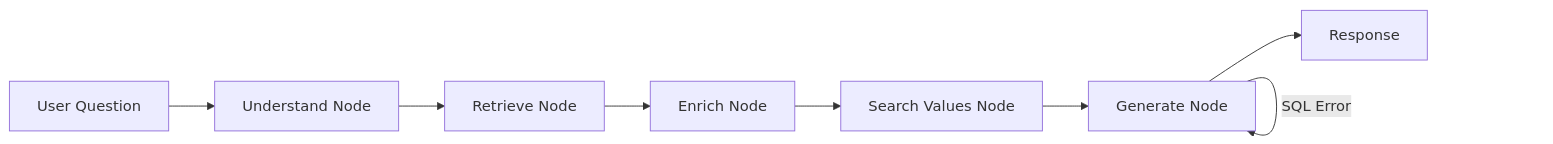
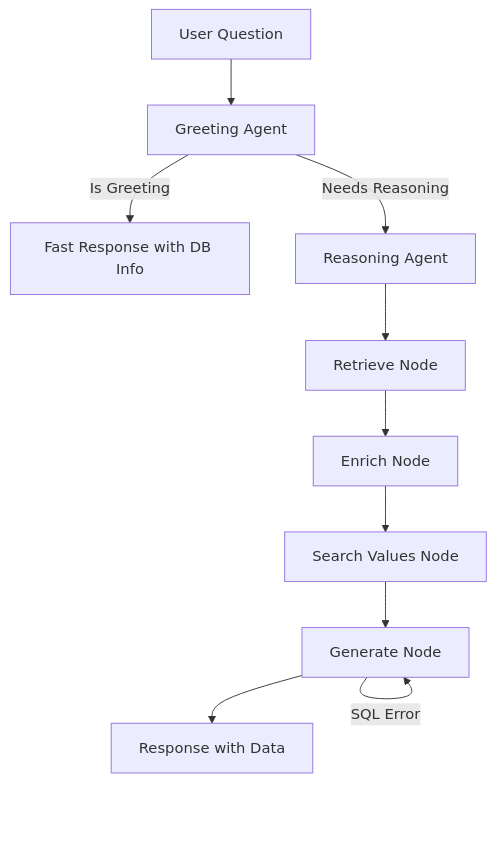
One commit to hoanghy0112/sql-indexing changed the diagram in docs/02-backend-modules.md. Above: the diagram before and after it, drawn with Mermaid. The commit also changed other lines of this file and 3 other files, not shown here.

Commit message:
feat: update greeting flow

````diff
--- a/docs/02-backend-modules.md
+++ b/docs/02-backend-modules.md
@@ -498,10 +500,12 @@
 ```mermaid
-graph LR
-    A[User Question] --> B[Understand Node]
-    B --> C[Retrieve Node]
-    C --> D[Enrich Node]
-    D --> E[Search Values Node]
-    E --> F[Generate Node]
-    F -->|SQL Error| F
-    F --> G[Response]
+graph TB
+    A[User Question] --> B[Greeting Agent]
+    B -->|Is Greeting| C[Fast Response with DB Info]
+    B -->|Needs Reasoning| D[Reasoning Agent]
+    D --> E[Retrieve Node]
+    E --> F[Enrich Node]
+    F --> G[Search Values Node]
+    G --> H[Generate Node]
+    H -->|SQL Error| H
+    H --> I[Response with Data]
 ```
````
